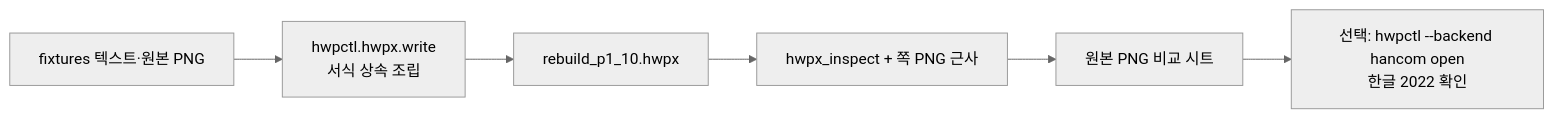
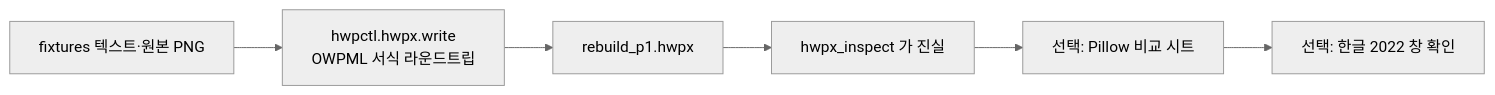
The diagram in docs/hwpx-upgrade-plan.md (Jasujung99/hwpctl), drawn with Mermaid (neutral theme) before and after one commit. The commit also changed other lines of this file and 10 other files, not shown here.

First line of the commit message:
feat: HWPX write 라운드트립과 공고 1쪽 품질

````diff
--- a/docs/hwpx-upgrade-plan.md
+++ b/docs/hwpx-upgrade-plan.md
@@ -12,8 +12,8 @@
 ```mermaid
 flowchart LR
-    A["fixtures 텍스트·원본 PNG"] --> B["hwpctl.hwpx.write<br/>서식 상속 조립"]
-    B --> C["rebuild_p1_10.hwpx"]
-    C --> D["hwpx_inspect + 쪽 PNG 근사"]
-    D --> E["원본 PNG 비교 시트"]
-    E --> F["선택: hwpctl --backend hancom open<br/>한글 2022 확인"]
+    A["fixtures 텍스트·원본 PNG"] --> B["hwpctl.hwpx.write<br/>OWPML 서식 라운드트립"]
+    B --> C["rebuild_p1.hwpx"]
+    C --> D["hwpx_inspect 가 진실"]
+    D --> E["선택: Pillow 비교 시트"]
+    E --> F["선택: 한글 2022 창 확인"]
 ```
````
